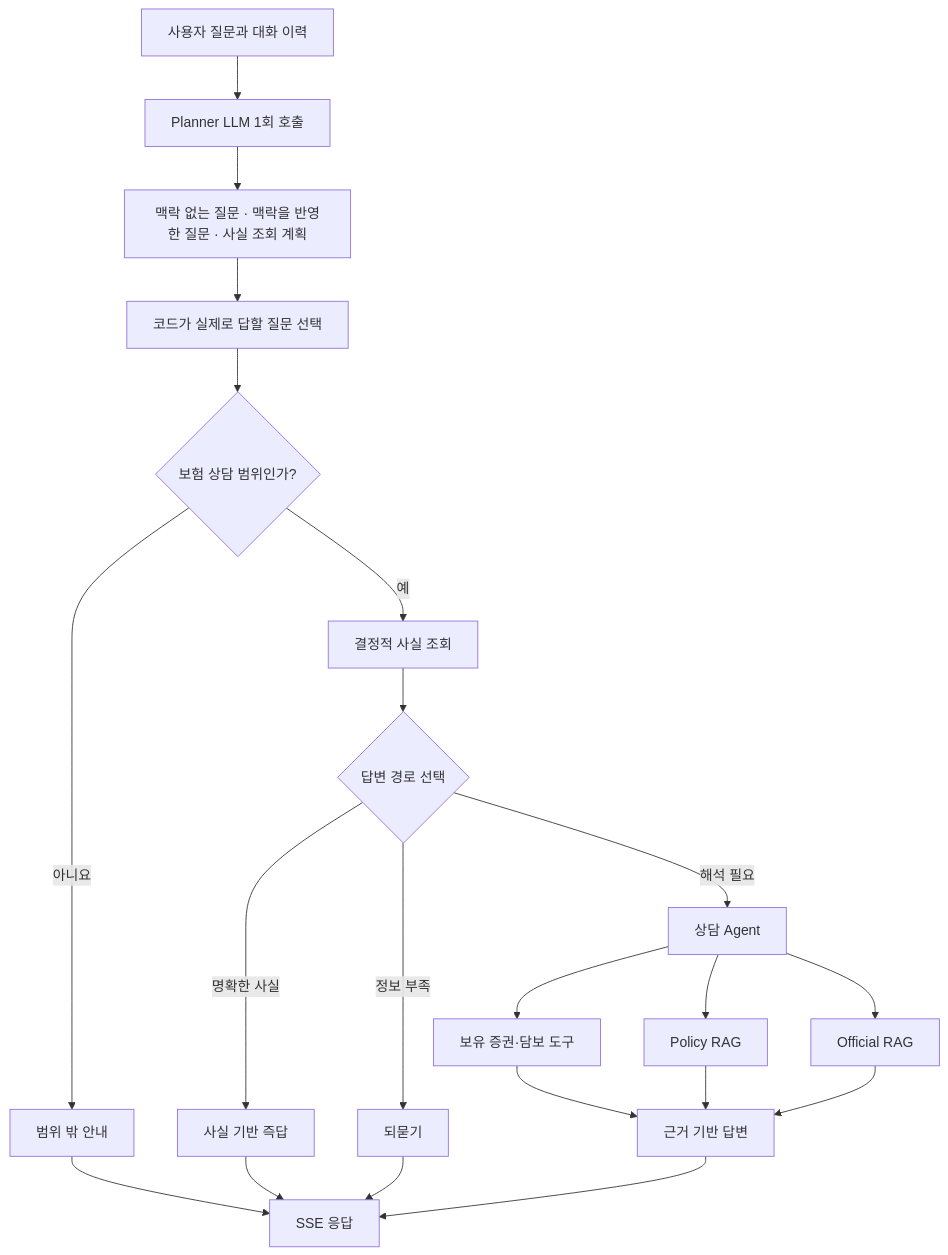
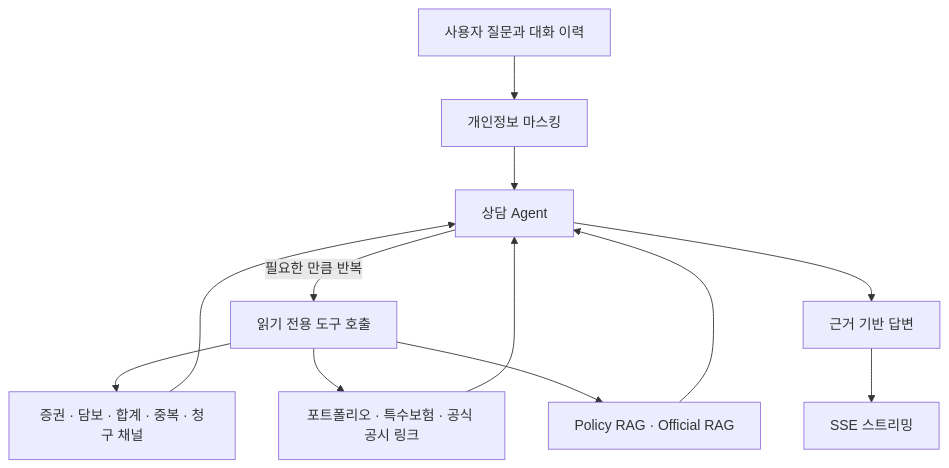
One commit to seojuny95/coverly changed the second of 3 diagrams in README.md. Above: the diagram before and after it, drawn with Mermaid. The commit also changed other lines of this file, not shown here.

Commit message:
docs: clarify QA agent design and evaluation

````diff
--- a/README.md
+++ b/README.md
@@ -51,23 +59,14 @@
 ```mermaid
 flowchart TD
-    A["사용자 질문과 대화 이력"] --> B["Planner LLM 1회 호출"]
-    B --> C["맥락 없는 질문 · 맥락을 반영한 질문 · 사실 조회 계획"]
-    C --> P["코드가 실제로 답할 질문 선택"]
-    P --> D{"보험 상담 범위인가?"}
-    D -- "아니요" --> E["범위 밖 안내"]
-    D -- "예" --> F["결정적 사실 조회"]
-    F --> G{"답변 경로 선택"}
-    G -- "명확한 사실" --> H["사실 기반 즉답"]
-    G -- "정보 부족" --> I["되묻기"]
-    G -- "해석 필요" --> J["상담 Agent"]
-    J --> K["보유 증권·담보 도구"]
-    J --> L["Policy RAG"]
-    J --> M["Official RAG"]
-    K --> N["근거 기반 답변"]
-    L --> N
-    M --> N
-    E --> O["SSE 응답"]
-    H --> O
-    I --> O
-    N --> O
+    A["사용자 질문과 대화 이력"] --> B["개인정보 마스킹"]
+    B --> C["상담 Agent"]
+    C -->|"필요한 만큼 반복"| D["읽기 전용 도구 호출"]
+    D --> E["증권 · 담보 · 합계 · 중복 · 청구 채널"]
+    D --> F["포트폴리오 · 특수보험 · 공식 공시 링크"]
+    D --> G["Policy RAG · Official RAG"]
+    E --> C
+    F --> C
+    G --> C
+    C --> H["근거 기반 답변"]
+    H --> I["SSE 스트리밍"]
 ```
````
